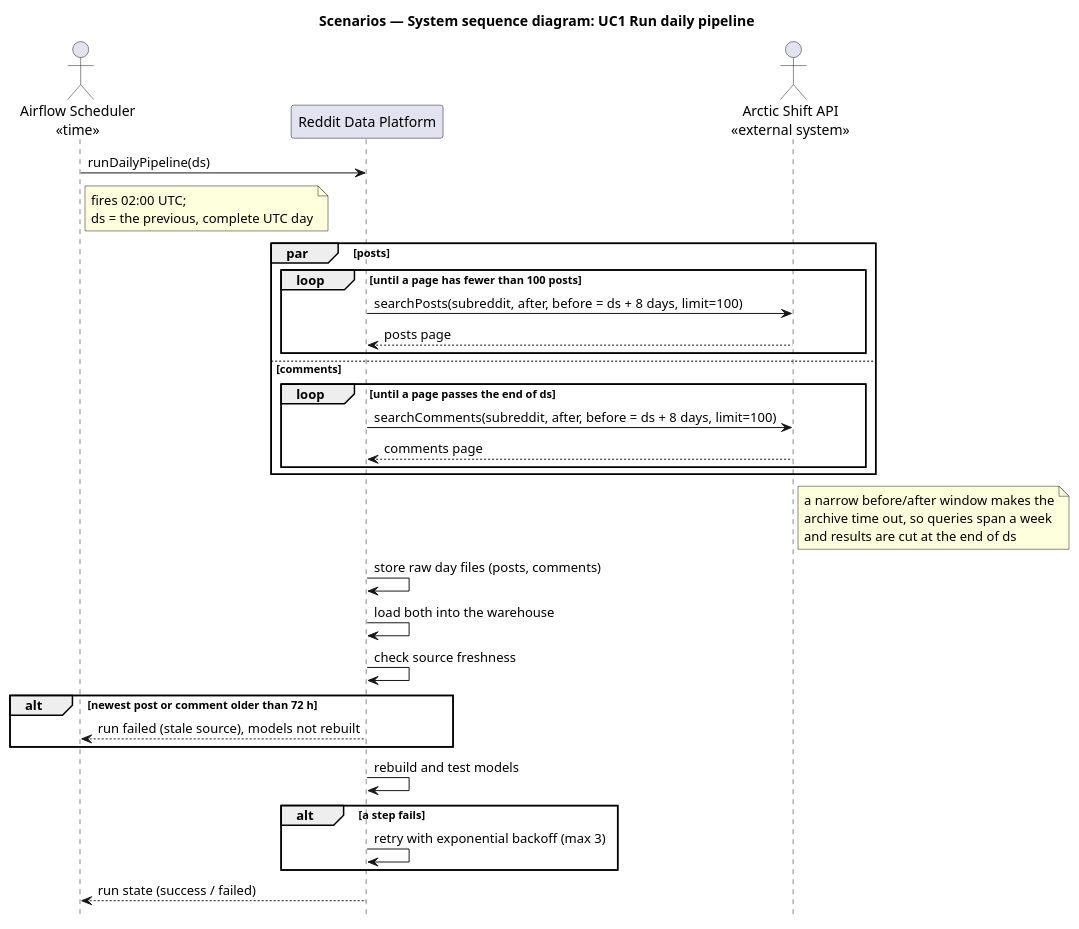
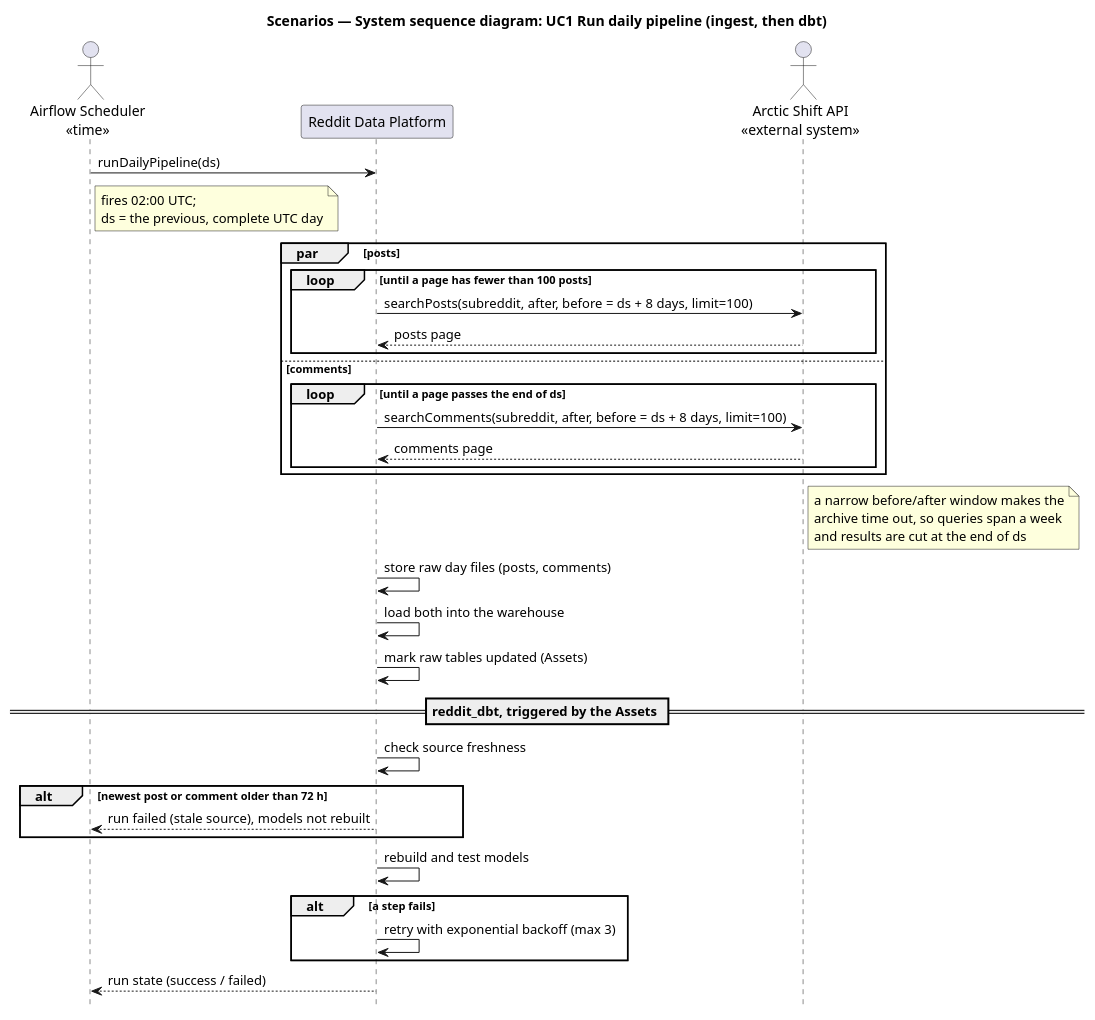
One commit to modsomjeed/reddit-dataeng changed the diagram in docs/architecture/diagrams/ssd-daily-pipeline.puml. Above: the diagram before and after it, drawn with PlantUML. The commit also changed 9 other files, not shown here.

Commit message:
docs(architecture): show ingestion and dbt as asset-linked dags

```diff
--- a/docs/architecture/diagrams/ssd-daily-pipeline.puml
+++ b/docs/architecture/diagrams/ssd-daily-pipeline.puml
@@ -1,48 +1,52 @@
 @startuml ssd-daily-pipeline
-title Scenarios — System sequence diagram: UC1 Run daily pipeline
+title Scenarios — System sequence diagram: UC1 Run daily pipeline (ingest, then dbt)
 skinparam shadowing false
 hide footbox
 
 actor "Airflow Scheduler\n<<time>>" as scheduler
 participant "Reddit Data Platform" as system
 actor "Arctic Shift API\n<<external system>>" as arctic
 
 scheduler -> system : runDailyPipeline(ds)
 note right of scheduler
   fires 02:00 UTC;
   ds = the previous, complete UTC day
 end note
 
 par posts
   loop until a page has fewer than 100 posts
     system -> arctic : searchPosts(subreddit, after, before = ds + 8 days, limit=100)
     arctic --> system : posts page
   end
 else comments
   loop until a page passes the end of ds
     system -> arctic : searchComments(subreddit, after, before = ds + 8 days, limit=100)
     arctic --> system : comments page
   end
 end
 note right of arctic
   a narrow before/after window makes the
   archive time out, so queries span a week
   and results are cut at the end of ds
 end note
 
 system -> system : store raw day files (posts, comments)
 system -> system : load both into the warehouse
+system -> system : mark raw tables updated (Assets)
+
+== reddit_dbt, triggered by the Assets ==
+
 system -> system : check source freshness
 
 alt newest post or comment older than 72 h
   system --> scheduler : run failed (stale source), models not rebuilt
 end
 
 system -> system : rebuild and test models
 
 alt a step fails
   system -> system : retry with exponential backoff (max 3)
 end
 
 system --> scheduler : run state (success / failed)
 @enduml
```
